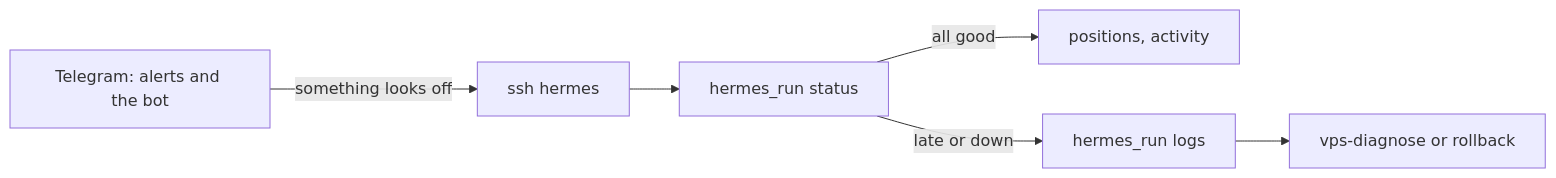
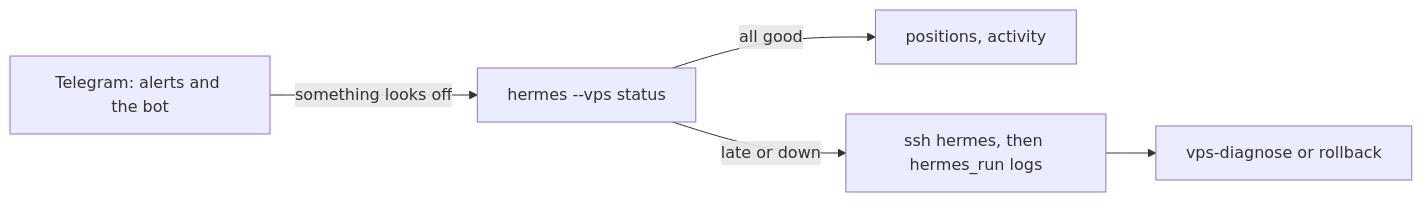
The first of 2 diagrams in docs/guides/operator-usage.md (ricardoafo/hermes), drawn with Mermaid before and after one commit. The commit also changed other lines of this file, not shown here.

First line of the commit message:
docs(guides): add the home screen, --vps and plain hermes to the usage guide

````diff
--- a/docs/guides/operator-usage.md
+++ b/docs/guides/operator-usage.md
@@ -19,8 +19,7 @@
 ```mermaid
 flowchart LR
-    T["Telegram: alerts and the bot"] -->|something looks off| S["ssh hermes"]
-    S --> ST["hermes_run status"]
+    T["Telegram: alerts and the bot"] -->|something looks off| ST["hermes --vps status"]
     ST -->|all good| A["positions, activity"]
-    ST -->|late or down| L["hermes_run logs"]
-    L --> D["vps-diagnose or rollback"]
+    ST -->|late or down| S["ssh hermes, then hermes_run logs"]
+    S --> D["vps-diagnose or rollback"]
 ```
````
